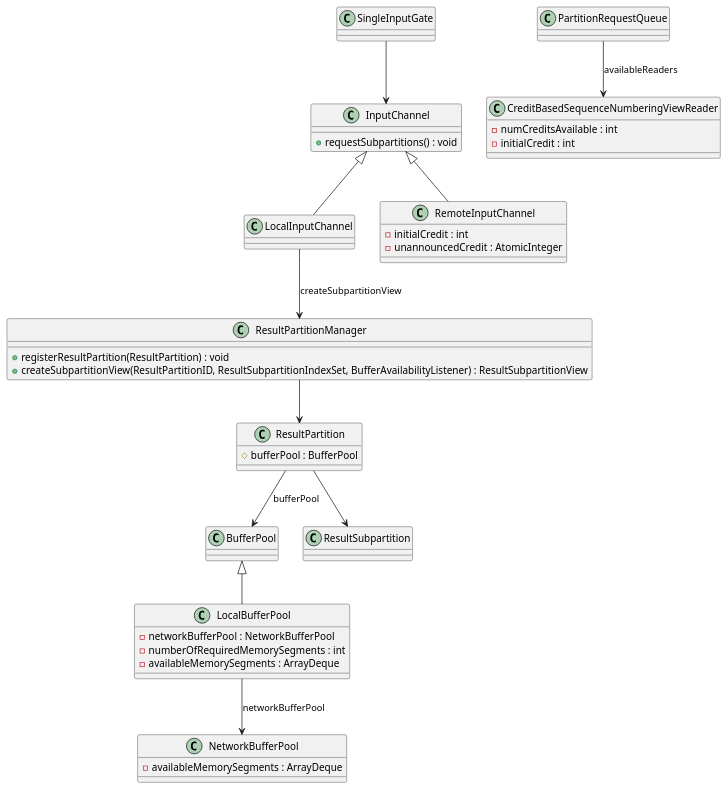
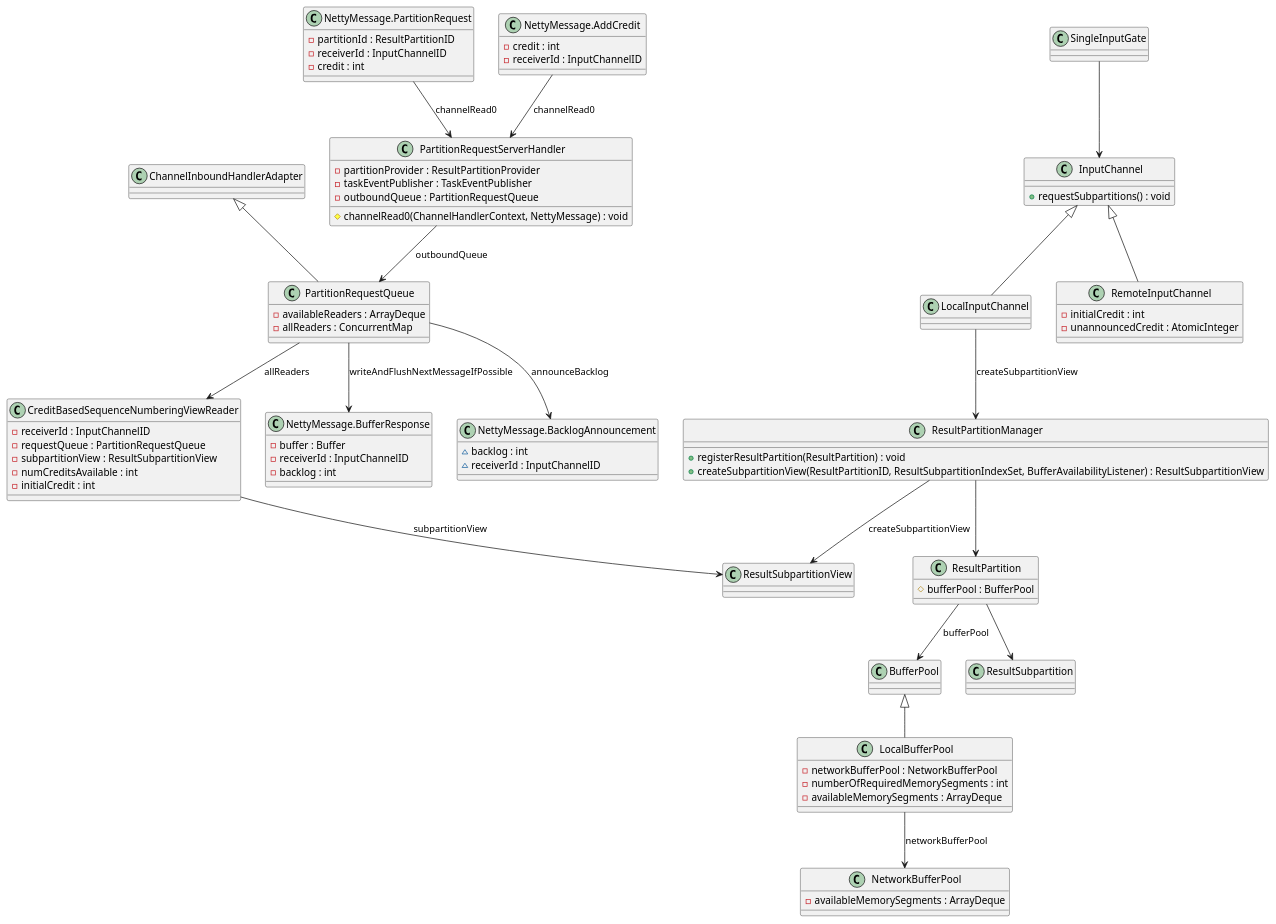
Before and after one commit to kevinwang930/kevinwang930.github.io: the fourth of 5 diagrams in content/post/data/stream/flink/taskmanager/index.md, drawn with PlantUML. The commit also changed other lines of this file, not shown here.

```diff
--- a/content/post/data/stream/flink/taskmanager/index.md
+++ b/content/post/data/stream/flink/taskmanager/index.md
@@ -236,11 +235,25 @@
   - availableMemorySegments : ArrayDeque
 }
 class ResultSubpartition
+class ResultSubpartitionView
 class CreditBasedSequenceNumberingViewReader {
+  - receiverId : InputChannelID
+  - requestQueue : PartitionRequestQueue
+  - subpartitionView : ResultSubpartitionView
   - numCreditsAvailable : int
   - initialCredit : int
 }
-class PartitionRequestQueue
+class ChannelInboundHandlerAdapter
+class PartitionRequestQueue {
+  - availableReaders : ArrayDeque
+  - allReaders : ConcurrentMap
+}
+class PartitionRequestServerHandler {
+  - partitionProvider : ResultPartitionProvider
+  - taskEventPublisher : TaskEventPublisher
+  - outboundQueue : PartitionRequestQueue
+  # channelRead0(ChannelHandlerContext, NettyMessage) : void
+}
 class SingleInputGate
 class InputChannel {
   + requestSubpartitions() : void
@@ -250,7 +263,26 @@
   - initialCredit : int
   - unannouncedCredit : AtomicInteger
 }
+class "NettyMessage.PartitionRequest" as PartitionRequest {
+  - partitionId : ResultPartitionID
+  - receiverId : InputChannelID
+  - credit : int
+}
+class "NettyMessage.AddCredit" as AddCredit {
+  - credit : int
+  - receiverId : InputChannelID
+}
+class "NettyMessage.BufferResponse" as BufferResponse {
+  - buffer : Buffer
+  - receiverId : InputChannelID
+  - backlog : int
+}
+class "NettyMessage.BacklogAnnouncement" as BacklogAnnouncement {
+  ~ backlog : int
+  ~ receiverId : InputChannelID
+}
 
+PartitionRequestQueue -up-|> ChannelInboundHandlerAdapter
 LocalInputChannel -up-|> InputChannel
 RemoteInputChannel -up-|> InputChannel
 LocalBufferPool -up-|> BufferPool
@@ -259,7 +291,14 @@
 ResultPartition -down-> BufferPool : bufferPool
 LocalBufferPool --> NetworkBufferPool : networkBufferPool
 ResultPartition --> ResultSubpartition
-PartitionRequestQueue --> CreditBasedSequenceNumberingViewReader : availableReaders
+ResultPartitionManager --> ResultSubpartitionView : createSubpartitionView
+CreditBasedSequenceNumberingViewReader --> ResultSubpartitionView : subpartitionView
+PartitionRequest --> PartitionRequestServerHandler : channelRead0
+AddCredit --> PartitionRequestServerHandler : channelRead0
+PartitionRequestServerHandler --> PartitionRequestQueue : outboundQueue
+PartitionRequestQueue --> CreditBasedSequenceNumberingViewReader : allReaders
+PartitionRequestQueue --> BufferResponse : writeAndFlushNextMessageIfPossible
+PartitionRequestQueue --> BacklogAnnouncement : announceBacklog
 SingleInputGate --> InputChannel
 LocalInputChannel --> ResultPartitionManager : createSubpartitionView
 
```
